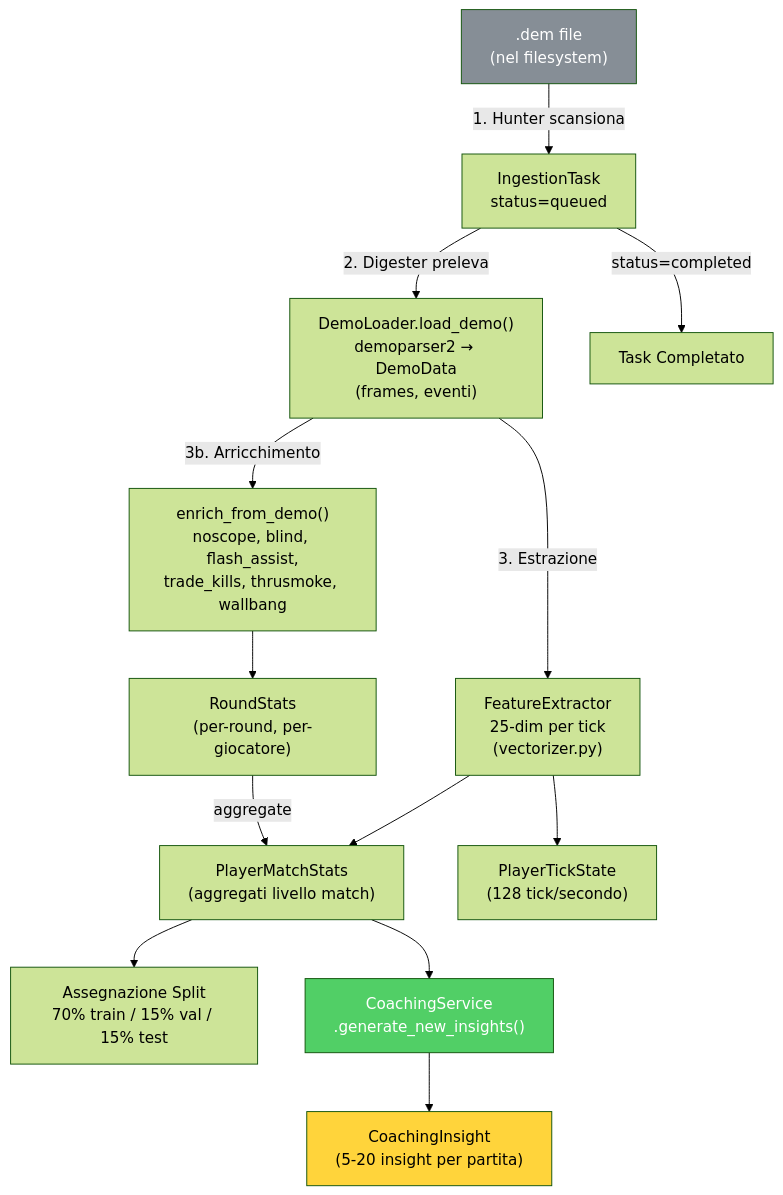
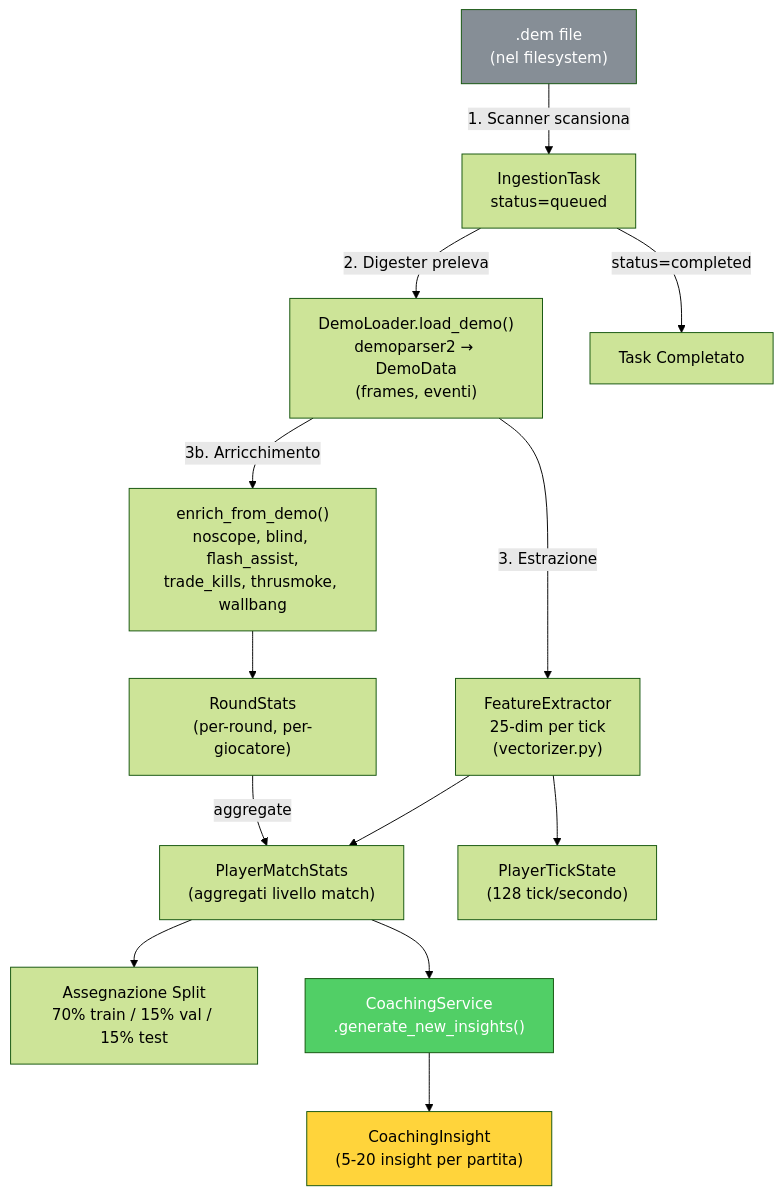
One commit to renanaugustomacena-ux/Counter-Strike-coach-AI changed diagram 18 of 55 in docs/books/Book-Coach-3.md. Above: the diagram before and after it, drawn with Mermaid (forest theme). The commit also changed other lines of this file, not shown here.

````diff
--- a/docs/books/Book-Coach-3.md
+++ b/docs/books/Book-Coach-3.md
@@ -1038,20 +1055,20 @@
 ```mermaid
 flowchart TB
     DEM[".dem file<br/>(nel filesystem)"]
-    DEM -->|"1. Hunter scansiona"| TASK["IngestionTask<br/>status=queued"]
+    DEM -->|"1. Scanner scansiona"| TASK["IngestionTask<br/>status=queued"]
     TASK -->|"2. Digester preleva"| LOADER["DemoLoader.load_demo()<br/>demoparser2 → DemoData<br/>(frames, eventi)"]
     LOADER -->|"3. Estrazione"| FE["FeatureExtractor<br/>25-dim per tick<br/>(vectorizer.py)"]
     LOADER -->|"3b. Arricchimento"| ENRICH["enrich_from_demo()<br/>noscope, blind, flash_assist,<br/>trade_kills, thrusmoke, wallbang"]
     FE --> PMS["PlayerMatchStats<br/>(aggregati livello match)"]
     FE --> PTS["PlayerTickState<br/>(128 tick/secondo)"]
     ENRICH --> RS["RoundStats<br/>(per-round, per-giocatore)"]
     RS -->|"aggregate"| PMS
     PMS --> SPLIT["Assegnazione Split<br/>70% train / 15% val / 15% test"]
     PMS --> COACH["CoachingService<br/>.generate_new_insights()"]
     COACH --> INSIGHT["CoachingInsight<br/>(5-20 insight per partita)"]
     TASK -->|"status=completed"| DONE["Task Completato"]
 
     style DEM fill:#868e96,color:#fff
     style COACH fill:#51cf66,color:#fff
     style INSIGHT fill:#ffd43b,color:#000
 ```
````
